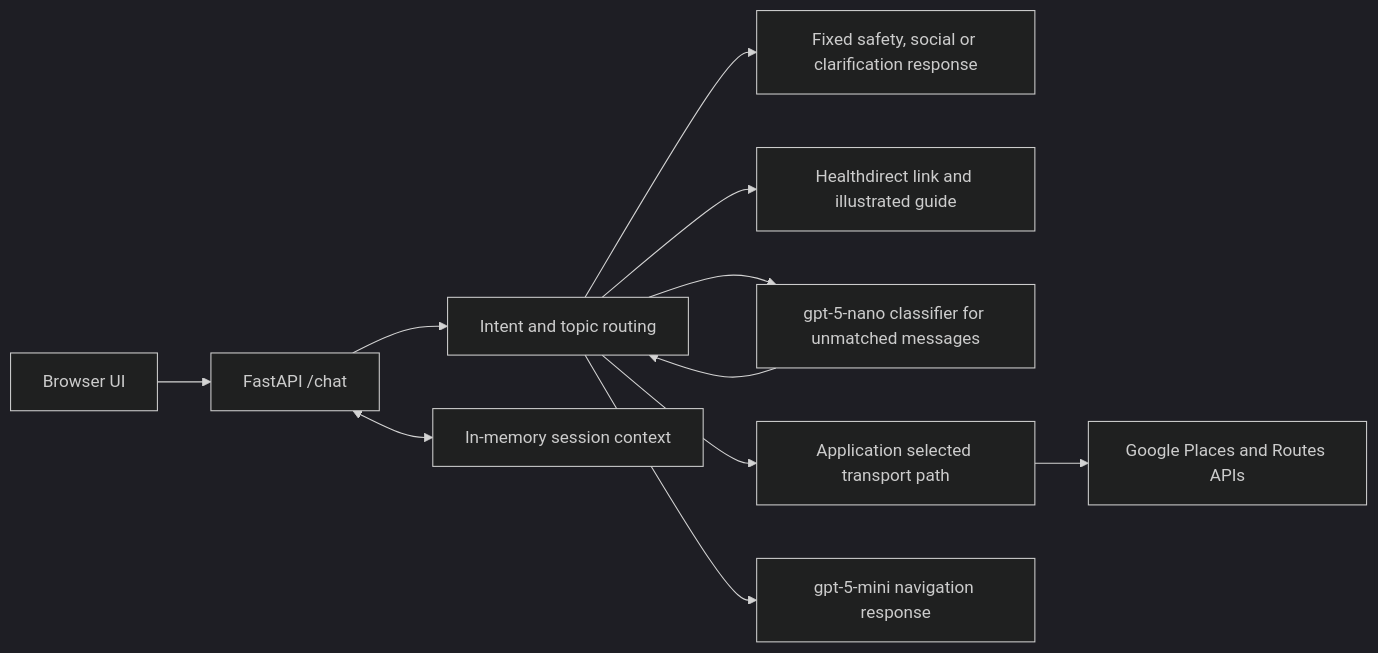
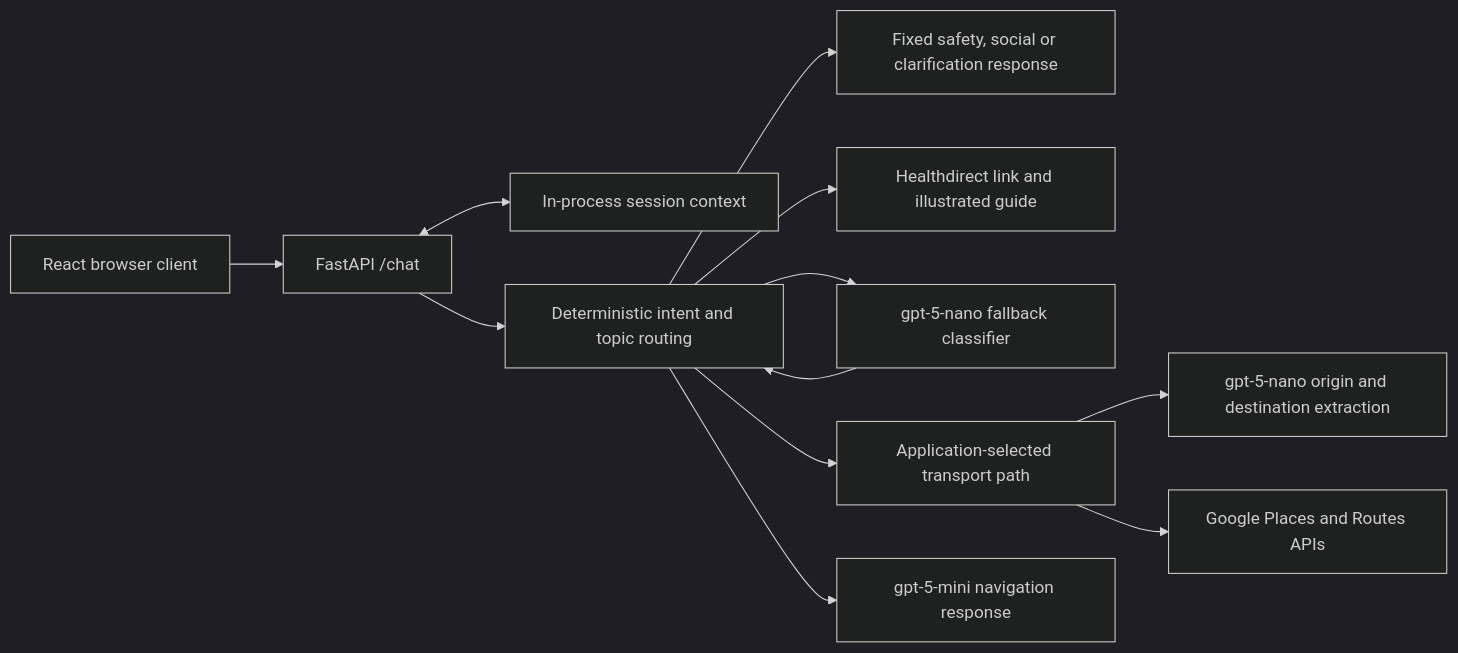
The first of 2 diagrams in README.md (linfe754/medical-navigator), drawn with Mermaid (dark theme) before and after one commit. The commit also changed other lines of this file, not shown here.

Commit message:
Migrate frontend to React and update project documentation

````diff
--- a/README.md
+++ b/README.md
@@ -47,13 +72,14 @@
-```mermaid
+~~~mermaid
 flowchart LR
-    U[Browser UI] --> A[FastAPI /chat]
-    A --> R[Intent and topic routing]
+    U[React browser client] --> A[FastAPI /chat]
+    A <--> S[In-process session context]
+    A --> R[Deterministic intent and topic routing]
     R --> F[Fixed safety, social or clarification response]
     R --> H[Healthdirect link and illustrated guide]
-    R --> C[gpt-5-nano classifier for unmatched messages]
+    R --> C[gpt-5-nano fallback classifier]
     C --> R
-    R --> T[Application selected transport path]
-    T --> P[Google Places and Routes APIs]
+    R --> T[Application-selected transport path]
+    T --> X[gpt-5-nano origin and destination extraction]
+    T --> G[Google Places and Routes APIs]
     R --> M[gpt-5-mini navigation response]
-    A <--> S[In-memory session context]
-```
+~~~
````
